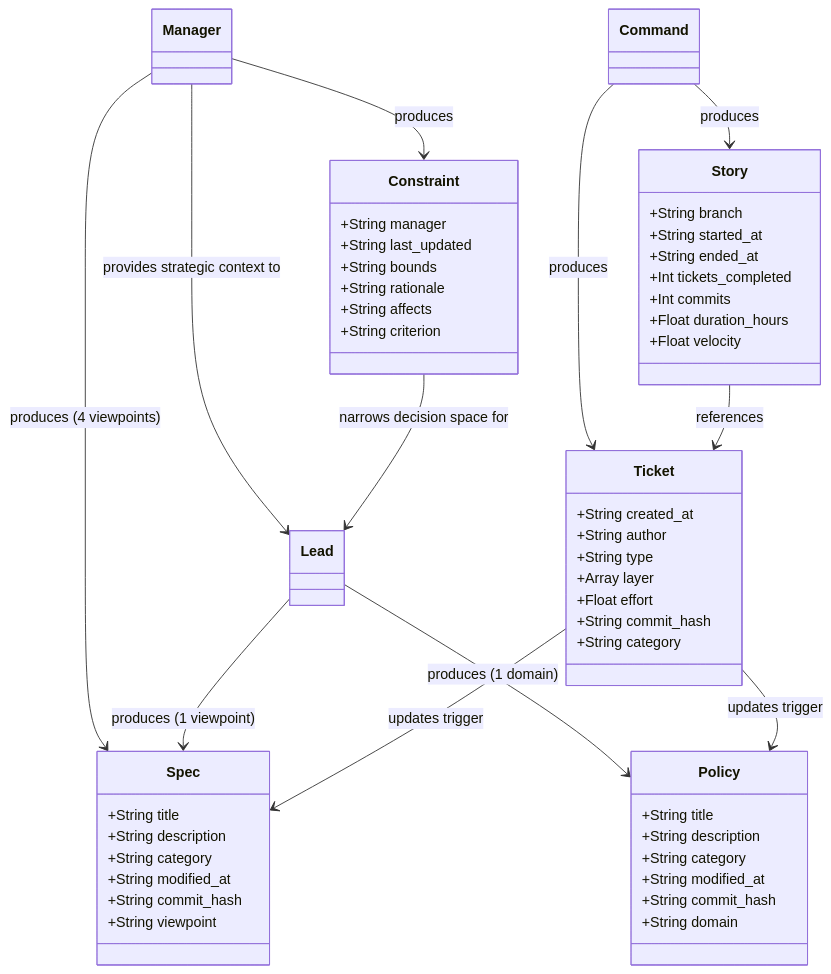
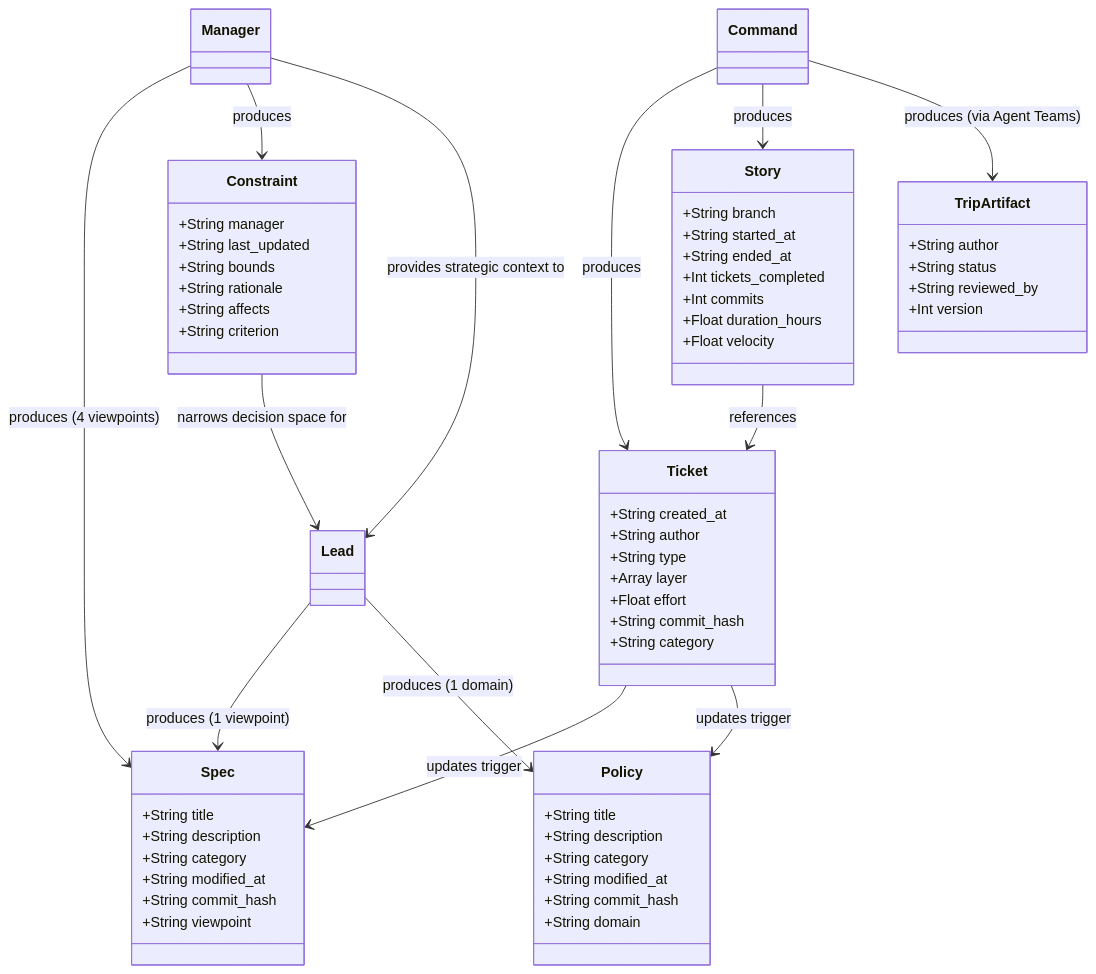
One commit to qmu/workaholic changed the fifth of 5 diagrams in .workaholic/specs/model.md. Above: the diagram before and after it, drawn with Mermaid. The commit also changed other lines of this file and 57 other files, not shown here.

````diff
--- a/.workaholic/specs/model.md
+++ b/.workaholic/specs/model.md
@@ -252,62 +325,70 @@
 ```mermaid
 classDiagram
     class Ticket {
         +String created_at
         +String author
         +String type
         +Array layer
         +Float effort
         +String commit_hash
         +String category
     }
 
     class Spec {
         +String title
         +String description
         +String category
         +String modified_at
         +String commit_hash
         +String viewpoint
     }
 
     class Policy {
         +String title
         +String description
         +String category
         +String modified_at
         +String commit_hash
         +String domain
     }
 
     class Constraint {
         +String manager
         +String last_updated
         +String bounds
         +String rationale
         +String affects
         +String criterion
     }
 
     class Story {
         +String branch
         +String started_at
         +String ended_at
         +Int tickets_completed
         +Int commits
         +Float duration_hours
         +Float velocity
     }
 
+    class TripArtifact {
+        +String author
+        +String status
+        +String reviewed_by
+        +Int version
+    }
+
     Command --> Ticket : produces
     Command --> Story : produces
+    Command --> TripArtifact : produces (via Agent Teams)
     Manager --> Spec : produces (4 viewpoints)
     Manager --> Constraint : produces
     Lead --> Spec : produces (1 viewpoint)
     Lead --> Policy : produces (1 domain)
 
     Story --> Ticket : references
     Ticket --> Spec : updates trigger
     Ticket --> Policy : updates trigger
     Manager --> Lead : provides strategic context to
     Constraint --> Lead : narrows decision space for
 ```
````
